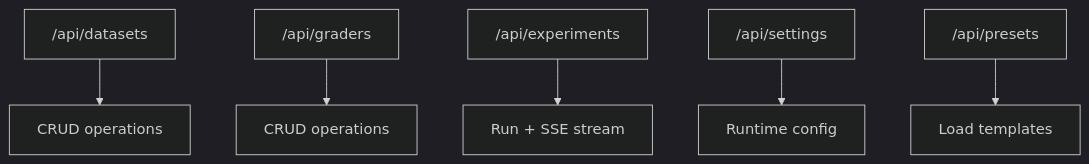
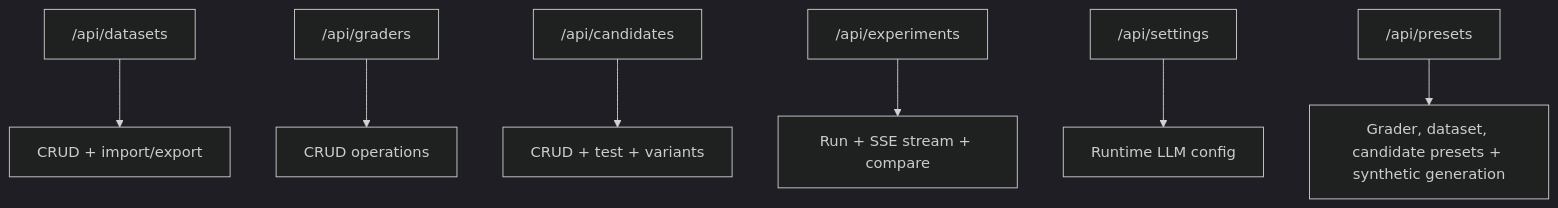
One commit to jddunn/full-stack-eval-harness changed the seventh of 7 diagrams in ARCHITECTURE.md. Above: the diagram before and after it, drawn with Mermaid (dark theme). The commit also changed other lines of this file and 1 other file, not shown here.

Commit message:
update docs for candidates, multi-model, and injection testing

````diff
--- a/ARCHITECTURE.md
+++ b/ARCHITECTURE.md
@@ -182,8 +241,9 @@
 ```mermaid
 graph TD
-    A["/api/datasets"] --> B[CRUD operations]
+    A["/api/datasets"] --> B[CRUD + import/export]
     C["/api/graders"] --> D[CRUD operations]
-    E["/api/experiments"] --> F[Run + SSE stream]
-    G["/api/settings"] --> H[Runtime config]
-    I["/api/presets"] --> J[Load templates]
+    K["/api/candidates"] --> L[CRUD + test + variants]
+    E["/api/experiments"] --> F[Run + SSE stream + compare]
+    G["/api/settings"] --> H[Runtime LLM config]
+    I["/api/presets"] --> J[Grader, dataset, candidate presets + synthetic generation]
 ```
````
